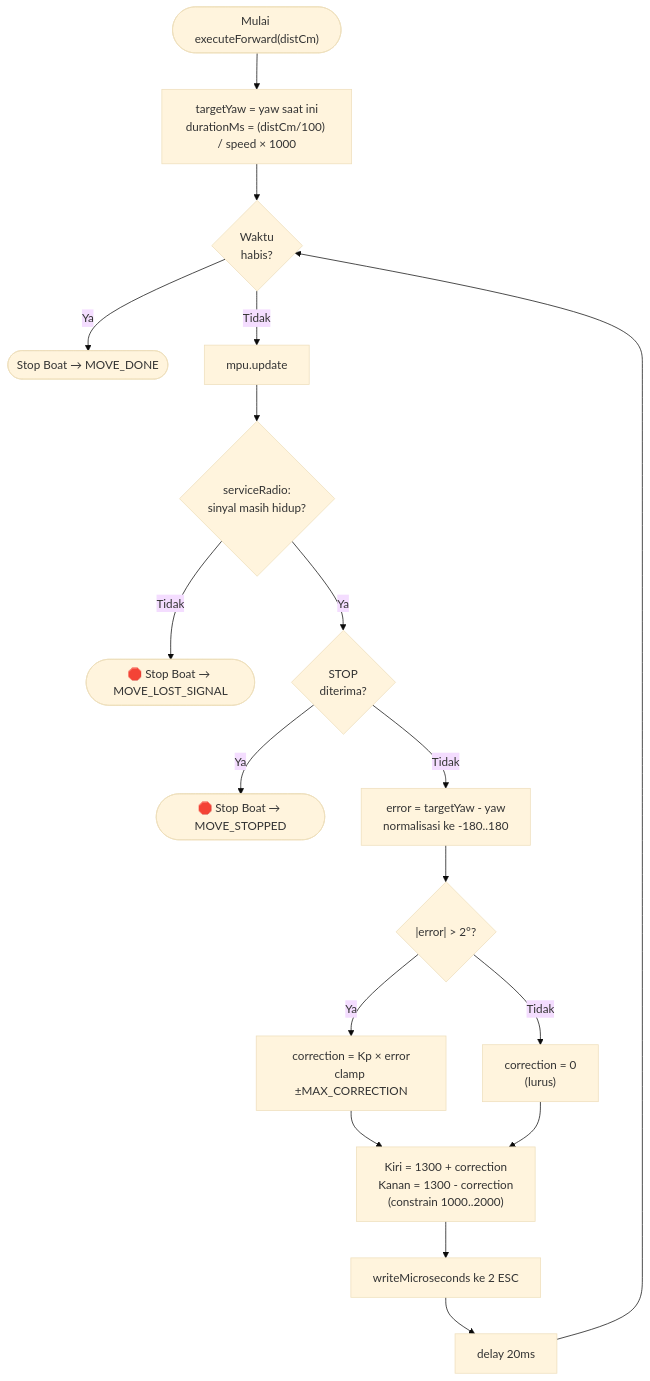
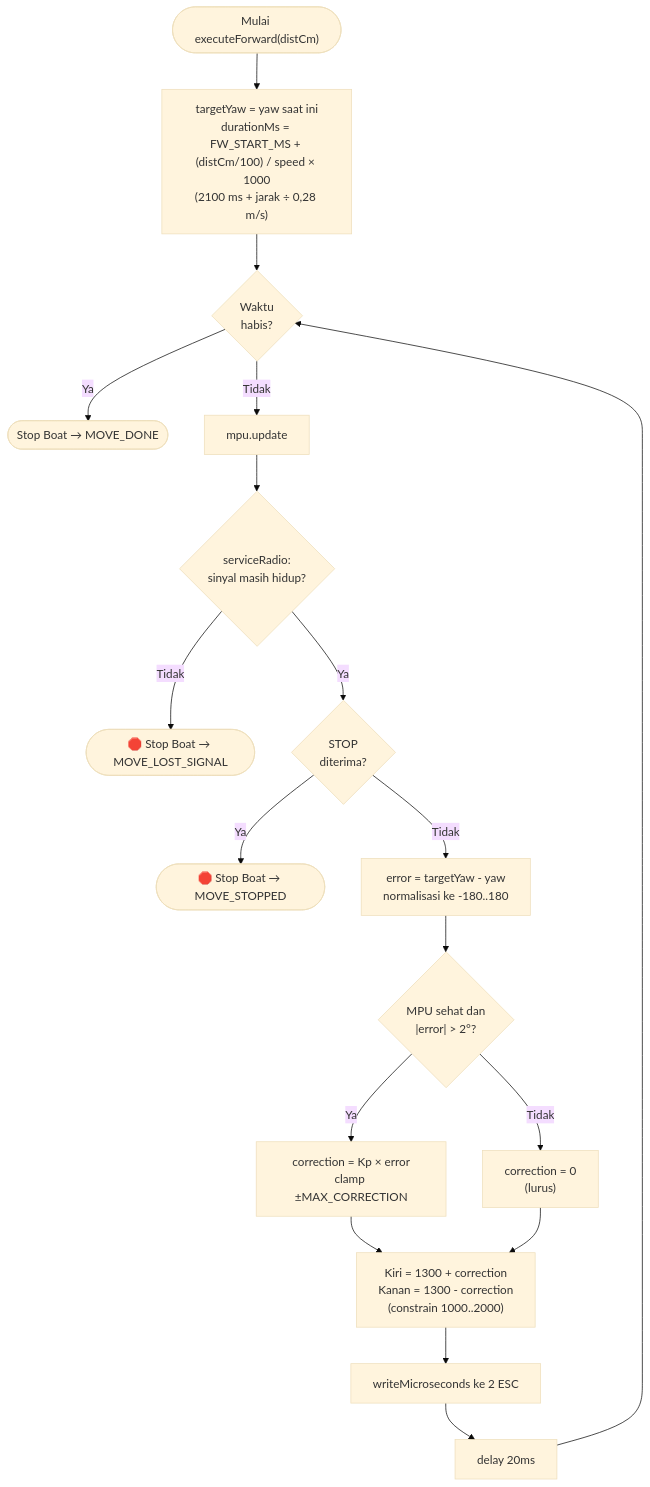
One commit to Xhorn7/Skripsi-PENGEMBANGAN-ROBOT-AKUATIK-UNTUK-FEEDER-OTOMATIS-DI-TAMBAK changed the sixth of 9 diagrams in flowchart.md. Above: the diagram before and after it, drawn with Mermaid (base theme). The commit also changed other lines of this file and 9 other files, not shown here.

First line of the commit message:
Samakan flowchart FW/belok dan screenshot GUI dengan kode terbaru

````diff
--- a/flowchart.md
+++ b/flowchart.md
@@ -188,20 +188,20 @@
 ```mermaid
 flowchart TD
-    ENTRY(["Mulai executeForward(distCm)"]) --> CALC["targetYaw = yaw saat ini<br/>durationMs = (distCm/100) / speed × 1000"]
+    ENTRY(["Mulai executeForward(distCm)"]) --> CALC["targetYaw = yaw saat ini<br/>durationMs = FW_START_MS + (distCm/100) / speed × 1000<br/>(2100 ms + jarak ÷ 0,28 m/s)"]
     CALC --> TIMECHECK{Waktu<br/>habis?}
     TIMECHECK -- Ya --> STOPFN([Stop Boat → MOVE_DONE])
     TIMECHECK -- Tidak --> UPD[mpu.update]
     UPD --> SIG{"serviceRadio:<br/>sinyal masih hidup?"}
     SIG -- Tidak --> FAIL([🛑 Stop Boat → MOVE_LOST_SIGNAL])
     SIG -- Ya --> STOPQ{STOP<br/>diterima?}
     STOPQ -- Ya --> ABORT([🛑 Stop Boat → MOVE_STOPPED])
     STOPQ -- Tidak --> ERR["error = targetYaw - yaw<br/>normalisasi ke -180..180"]
-    ERR --> DEAD{"|error| > 2°?"}
+    ERR --> DEAD{"MPU sehat dan<br/>|error| > 2°?"}
     DEAD -- Tidak --> STRAIGHT["correction = 0<br/>(lurus)"]
     DEAD -- Ya --> PROP["correction = Kp × error<br/>clamp ±MAX_CORRECTION"]
     PROP --> WRITE
     STRAIGHT --> WRITE["Kiri = 1300 + correction<br/>Kanan = 1300 - correction<br/>(constrain 1000..2000)"]
     WRITE --> ESC[writeMicroseconds ke 2 ESC]
     ESC --> DELAY[delay 20ms]
     DELAY --> TIMECHECK
 ```
````
